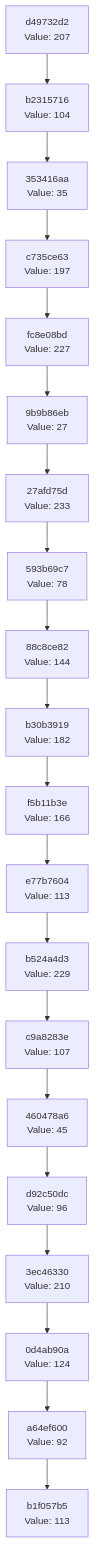
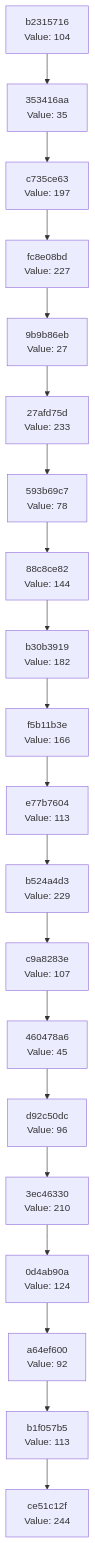
Before and after one commit to Abhisheksinha1506/hash-chain-evolver: the diagram in docs/CHAIN_VISUALIZATION.md, drawn with Mermaid. The commit also changed 3 other files, not shown here.

````diff
--- a/docs/CHAIN_VISUALIZATION.md
+++ b/docs/CHAIN_VISUALIZATION.md
@@ -3,42 +3,42 @@
 ```mermaid
 graph TD
-    C0["b1f057b5<br/>Value: 113"]
-    C1["a64ef600<br/>Value: 92"]
+    C0["ce51c12f<br/>Value: 244"]
+    C1["b1f057b5<br/>Value: 113"]
     C1 --> C0
-    C2["0d4ab90a<br/>Value: 124"]
+    C2["a64ef600<br/>Value: 92"]
     C2 --> C1
-    C3["3ec46330<br/>Value: 210"]
+    C3["0d4ab90a<br/>Value: 124"]
     C3 --> C2
-    C4["d92c50dc<br/>Value: 96"]
+    C4["3ec46330<br/>Value: 210"]
     C4 --> C3
-    C5["460478a6<br/>Value: 45"]
+    C5["d92c50dc<br/>Value: 96"]
     C5 --> C4
-    C6["c9a8283e<br/>Value: 107"]
+    C6["460478a6<br/>Value: 45"]
     C6 --> C5
-    C7["b524a4d3<br/>Value: 229"]
+    C7["c9a8283e<br/>Value: 107"]
     C7 --> C6
-    C8["e77b7604<br/>Value: 113"]
+    C8["b524a4d3<br/>Value: 229"]
     C8 --> C7
-    C9["f5b11b3e<br/>Value: 166"]
+    C9["e77b7604<br/>Value: 113"]
     C9 --> C8
-    C10["b30b3919<br/>Value: 182"]
+    C10["f5b11b3e<br/>Value: 166"]
     C10 --> C9
-    C11["88c8ce82<br/>Value: 144"]
+    C11["b30b3919<br/>Value: 182"]
     C11 --> C10
-    C12["593b69c7<br/>Value: 78"]
+    C12["88c8ce82<br/>Value: 144"]
     C12 --> C11
-    C13["27afd75d<br/>Value: 233"]
+    C13["593b69c7<br/>Value: 78"]
     C13 --> C12
-    C14["9b9b86eb<br/>Value: 27"]
+    C14["27afd75d<br/>Value: 233"]
     C14 --> C13
-    C15["fc8e08bd<br/>Value: 227"]
+    C15["9b9b86eb<br/>Value: 27"]
     C15 --> C14
-    C16["c735ce63<br/>Value: 197"]
+    C16["fc8e08bd<br/>Value: 227"]
     C16 --> C15
-    C17["353416aa<br/>Value: 35"]
+    C17["c735ce63<br/>Value: 197"]
     C17 --> C16
-    C18["b2315716<br/>Value: 104"]
+    C18["353416aa<br/>Value: 35"]
     C18 --> C17
-    C19["d49732d2<br/>Value: 207"]
+    C19["b2315716<br/>Value: 104"]
     C19 --> C18
 ```
````
